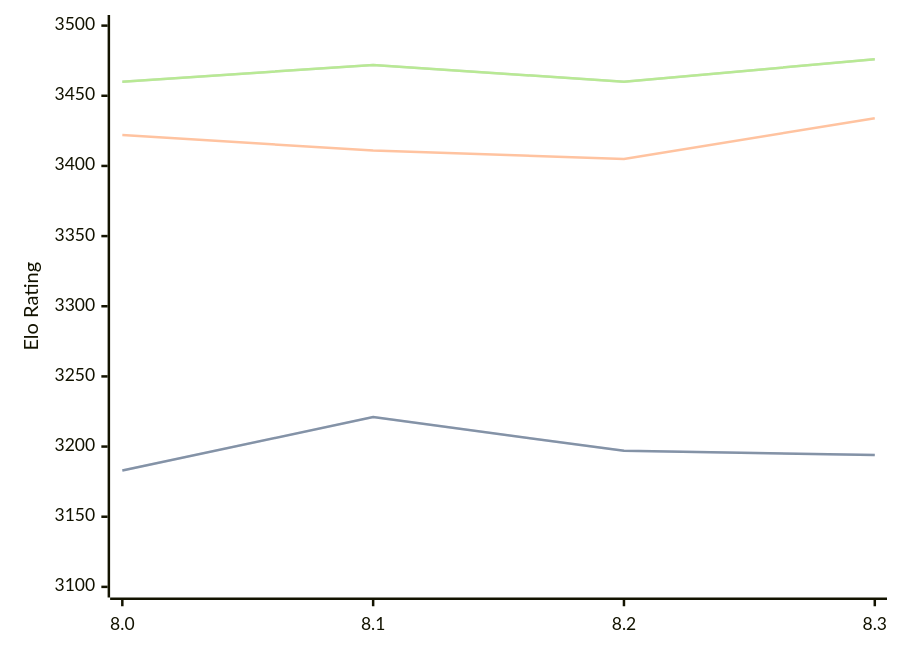
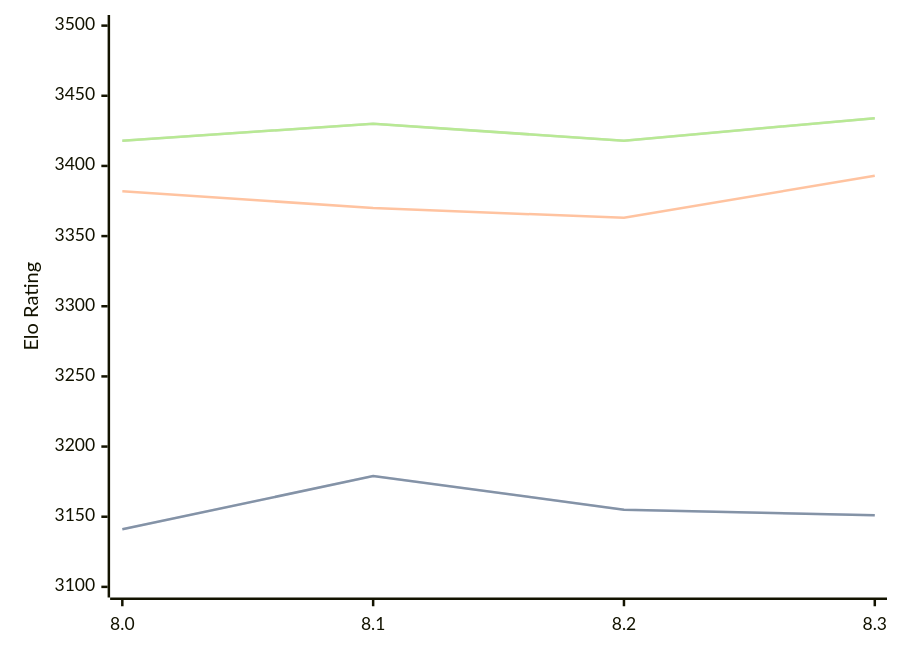
The diagram in engines/Alexander.md (computer-chess-index/cci), drawn with Mermaid before and after one commit. The commit also changed other lines of this file, not shown here.

Commit message:
Update CCI Ratings (ELO VLTC) - 2026-05-19

````diff
--- a/engines/Alexander.md
+++ b/engines/Alexander.md
@@ -48,11 +48,11 @@
 ```mermaid
 %%{init: {"theme":"base","themeVariables":{"seriesColors:['#a3a3a3','#222221','#faa371']}}}%%
 xychart-beta
   x-axis ["8.0", "8.1", "8.2", "8.3"]
   y-axis "Elo Rating" 3100 --> 3500
-  line "STC (8.0+0.08s)" [3183, 3221, 3197, 3194]
-  line "STC (8.0+0.08s)" [3183, 3221, 3197, 3194]
-  line "LTC (60.0+0.60s)" [3422, 3411, 3405, 3434]
-  line "VLTC (2m24s+1.12s)" [3460, 3472, 3460, 3476]
-  line "VLTC (2m24s+1.12s)" [3460, 3472, 3460, 3476]
+  line "STC (8.0+0.08s)" [3141, 3179, 3155, 3151]
+  line "STC (8.0+0.08s)" [3141, 3179, 3155, 3151]
+  line "LTC (60.0+0.60s)" [3382, 3370, 3363, 3393]
+  line "VLTC (2m24s+1.12s)" [3418, 3430, 3418, 3434]
+  line "VLTC (2m24s+1.12s)" [3418, 3430, 3418, 3434]
 ```
````
